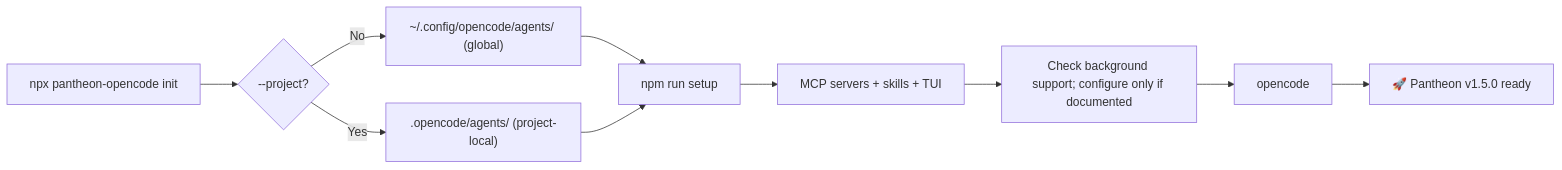
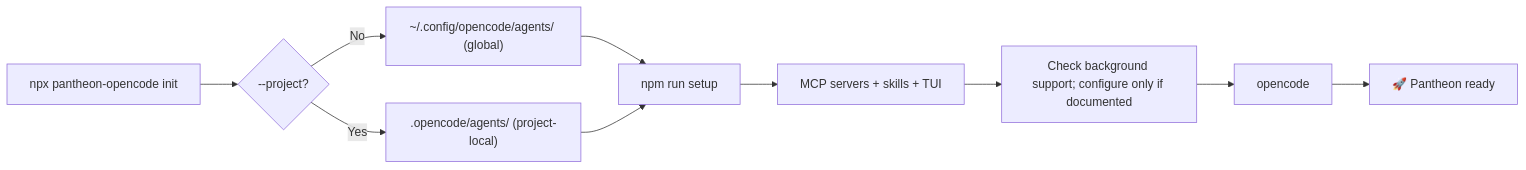
Before and after one commit to ils15/pantheon-opencode: the first of 3 diagrams in docs/INSTALLATION.md, drawn with Mermaid. The commit also changed other lines of this file and 25 other files, not shown here.

````diff
--- a/docs/INSTALLATION.md
+++ b/docs/INSTALLATION.md
@@ -775,12 +774,12 @@
 ```mermaid
 flowchart LR
     A["npx pantheon-opencode init"] --> B{"--project?"}
     B -->|No| C["~/.config/opencode/agents/ (global)"]
     B -->|Yes| D[".opencode/agents/ (project-local)"]
     C --> E["npm run setup"]
     D --> E
     E --> F["MCP servers + skills + TUI"]
     F --> G["Check background support; configure only if documented"]
     G --> H["opencode"]
-    H --> I["🚀 Pantheon v1.5.0 ready"]
+    H --> I["🚀 Pantheon ready"]
 ```
````
